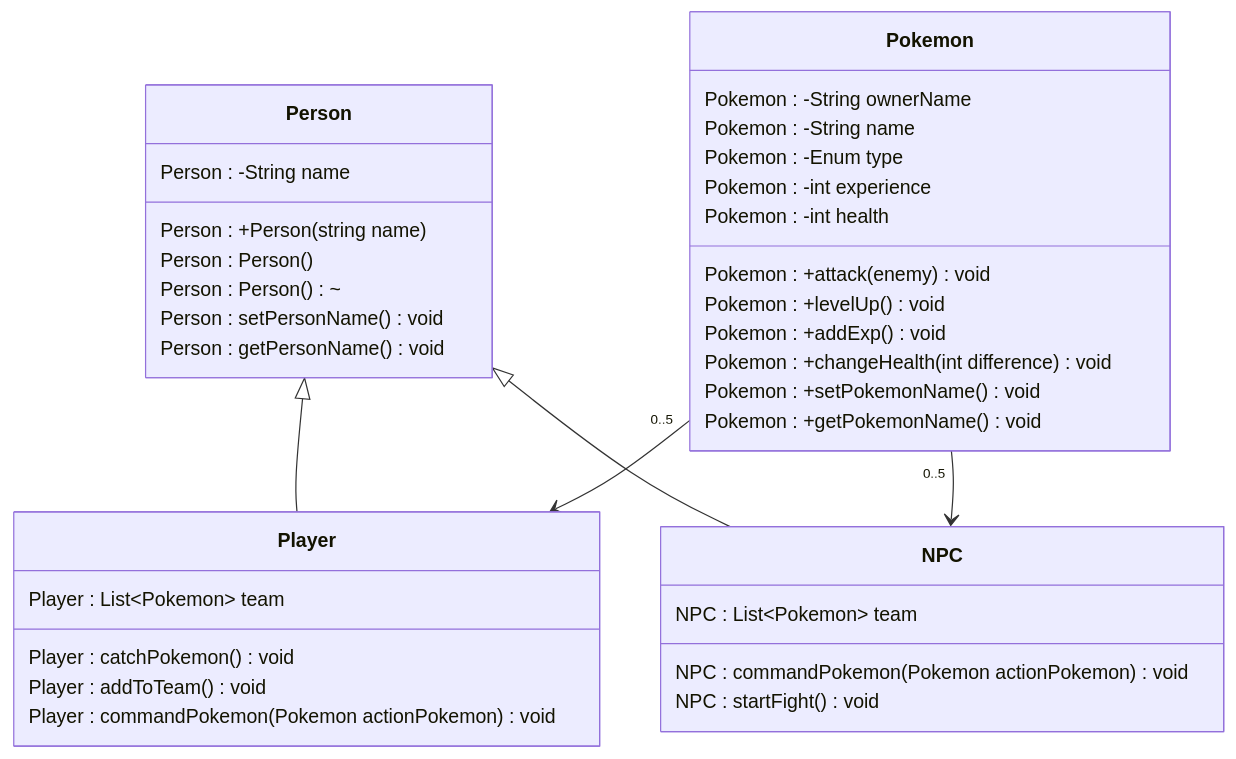
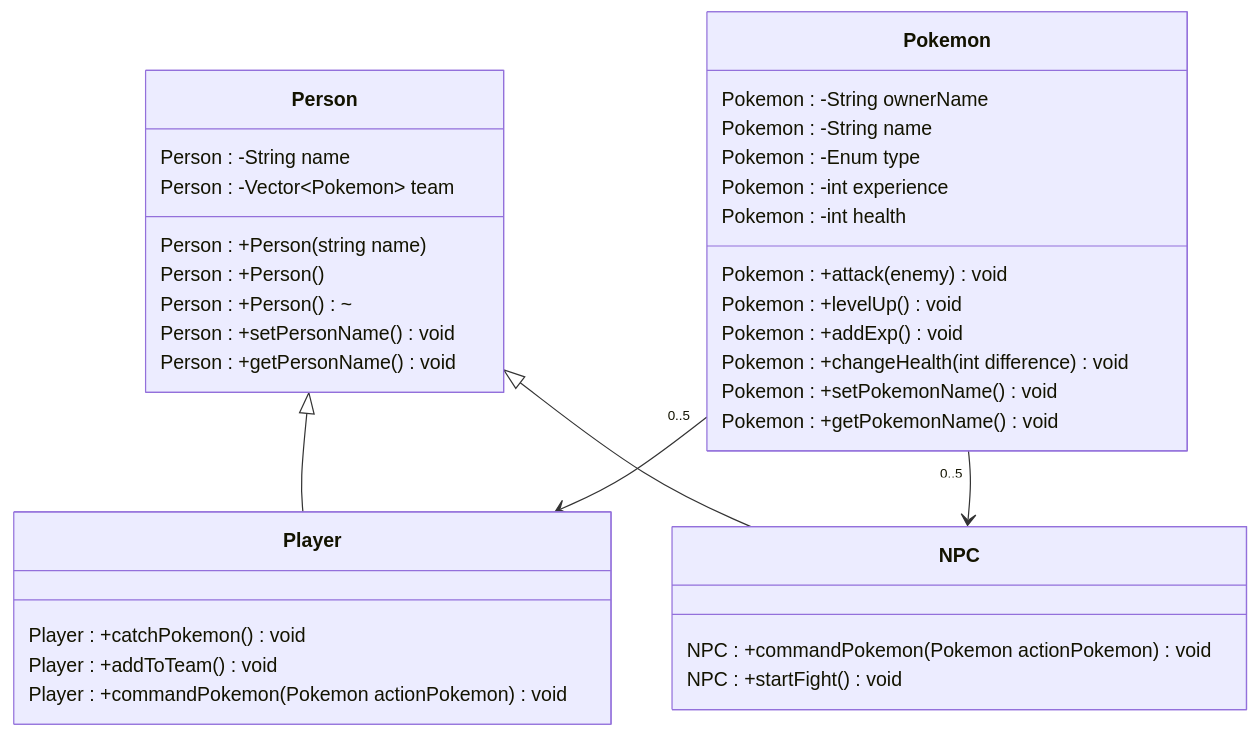
One commit to rjordell/Pokemon-Like-RPG changed the diagram in README.md. Above: the diagram before and after it, drawn with Mermaid.

Commit message:
Specified public and private members in UML Diagram

````diff
--- a/README.md
+++ b/README.md
@@ -22,41 +22,40 @@
  ```mermaid
 classDiagram
     class Pokemon {
     Pokemon : -String ownerName
     Pokemon : -String name
     Pokemon : -Enum type
     Pokemon : -int experience
     Pokemon : -int health
     Pokemon : +attack(enemy) void
     Pokemon : +levelUp() void
     Pokemon : +addExp() void
     Pokemon : +changeHealth(int difference) void
     Pokemon : +setPokemonName() void
     Pokemon : +getPokemonName() void
 }
     class Person {
     Person : -String name
+    Person : -Vector~Pokemon~ team
     Person : +Person(string name)
-    Person : Person()
-    Person : Person()~
-    Person : setPersonName() void
-    Person : getPersonName() void
+    Person : +Person()
+    Person : +Person()~
+    Person : +setPersonName() void
+    Person : +getPersonName() void
 }
     class Player {
-    Player : List~Pokemon~ team
-    Player : catchPokemon() void
-    Player : addToTeam() void
-    Player : commandPokemon(Pokemon actionPokemon) void
+    Player : +catchPokemon() void
+    Player : +addToTeam() void
+    Player : +commandPokemon(Pokemon actionPokemon) void
 }
     class NPC {
-    NPC : List~Pokemon~ team
-    NPC : commandPokemon(Pokemon actionPokemon) void
-    NPC : startFight() void
+    NPC : +commandPokemon(Pokemon actionPokemon) void
+    NPC : +startFight() void
 }
 
 Person<|--Player
 Person<|--NPC
 Pokemon "0..5" --> Player
 Pokemon "0..5" --> NPC
 
 ```
````
